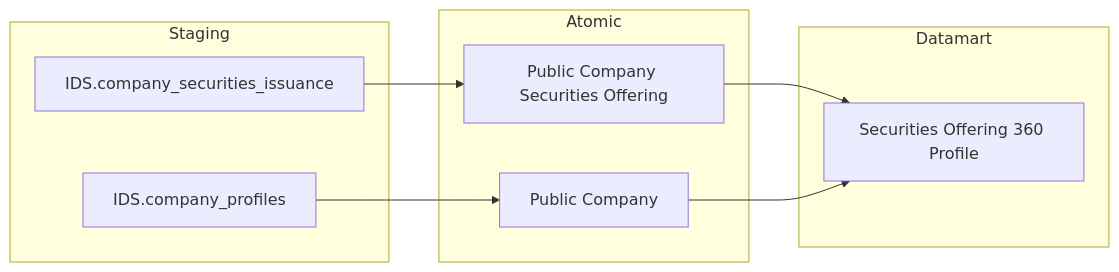
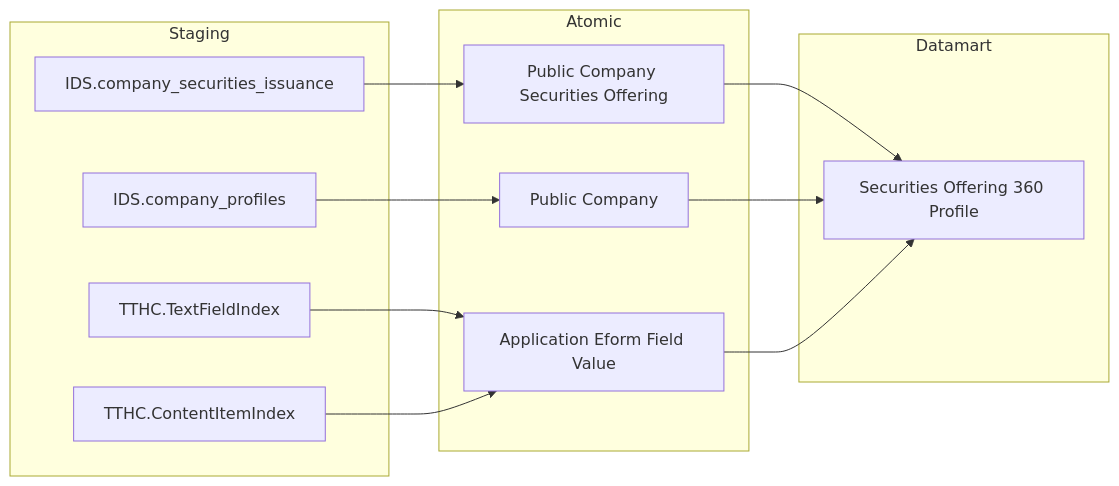
The second of 18 diagrams in Datamart/hld/DTM_QLCB_HLD.md (linhlvit/ubck_atomic_design), drawn with Mermaid before and after one commit. The commit also changed other lines of this file and 2 other files, not shown here.

````diff
--- a/Datamart/hld/DTM_QLCB_HLD.md
+++ b/Datamart/hld/DTM_QLCB_HLD.md
@@ -62,22 +66,28 @@
 ```mermaid
 flowchart LR
     subgraph SRC_IDS["Staging"]
         S1["IDS.company_securities_issuance"]
         S2["IDS.company_profiles"]
+        S3["TTHC.TextFieldIndex"]
+        S4["TTHC.ContentItemIndex"]
     end
 
     subgraph SIL["Atomic"]
         SV1["Public Company Securities Offering"]
         SV2["Public Company"]
+        SV3["Application Eform Field Value"]
     end
 
     subgraph Datamart["Datamart"]
         G1["Securities Offering 360 Profile"]
     end
 
     S1 --> SV1
     S2 --> SV2
+    S3 --> SV3
+    S4 --> SV3
 
     SV1 --> G1
     SV2 --> G1
+    SV3 --> G1
 ```
````
